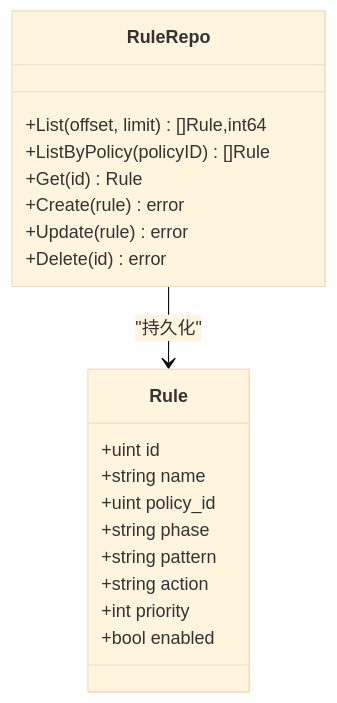
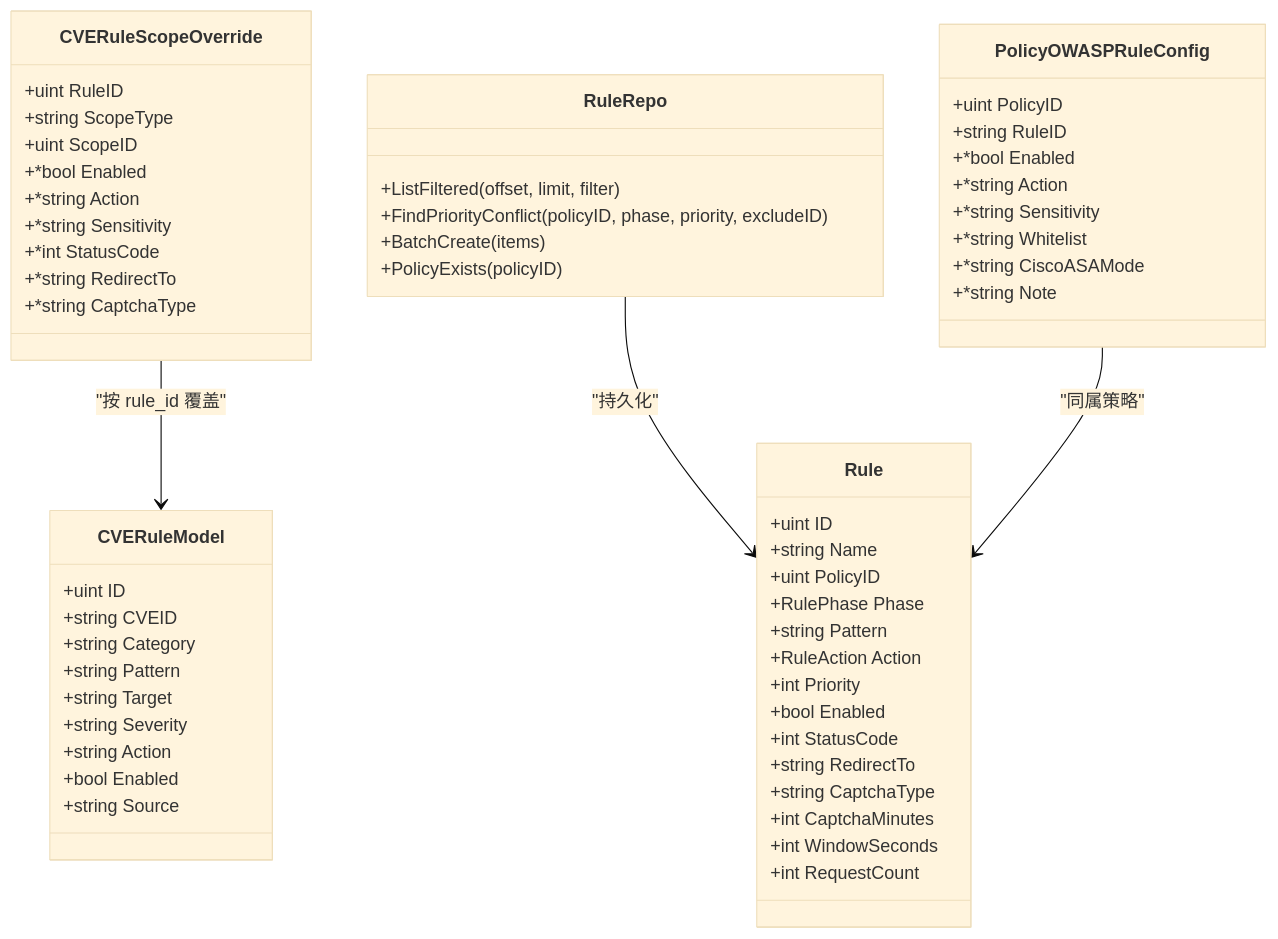
One commit to x01n/My-OpenWaf changed the second of 6 diagrams in docs/管理 API 系统/规则管理 API/规则管理 API.md. Above: the diagram before and after it, drawn with Mermaid (base theme). The commit also changed other lines of this file and 622 other files, not shown here.

````diff
--- a/docs/管理 API 系统/规则管理 API/规则管理 API.md
+++ b/docs/管理 API 系统/规则管理 API/规则管理 API.md
@@ -151,22 +164,60 @@
 ```mermaid
 classDiagram
 class Rule {
-+uint id
-+string name
-+uint policy_id
-+string phase
-+string pattern
-+string action
-+int priority
-+bool enabled
++uint ID
++string Name
++uint PolicyID
++RulePhase Phase
++string Pattern
++RuleAction Action
++int Priority
++bool Enabled
++int StatusCode
++string RedirectTo
++string CaptchaType
++int CaptchaMinutes
++int WindowSeconds
++int RequestCount
+}
+class CVERuleModel {
++uint ID
++string CVEID
++string Category
++string Pattern
++string Target
++string Severity
++string Action
++bool Enabled
++string Source
+}
+class CVERuleScopeOverride {
++uint RuleID
++string ScopeType
++uint ScopeID
++*bool Enabled
++*string Action
++*string Sensitivity
++*int StatusCode
++*string RedirectTo
++*string CaptchaType
+}
+class PolicyOWASPRuleConfig {
++uint PolicyID
++string RuleID
++*bool Enabled
++*string Action
++*string Sensitivity
++*string Whitelist
++*string CiscoASAMode
++*string Note
 }
 class RuleRepo {
-+List(offset, limit) []Rule,int64
-+ListByPolicy(policyID) []Rule
-+Get(id) Rule
-+Create(rule) error
-+Update(rule) error
-+Delete(id) error
++ListFiltered(offset, limit, filter)
++FindPriorityConflict(policyID, phase, priority, excludeID)
++BatchCreate(items)
++PolicyExists(policyID)
 }
 RuleRepo --> Rule : "持久化"
+CVERuleScopeOverride --> CVERuleModel : "按 rule_id 覆盖"
+PolicyOWASPRuleConfig --> Rule : "同属策略"
 ```
````
